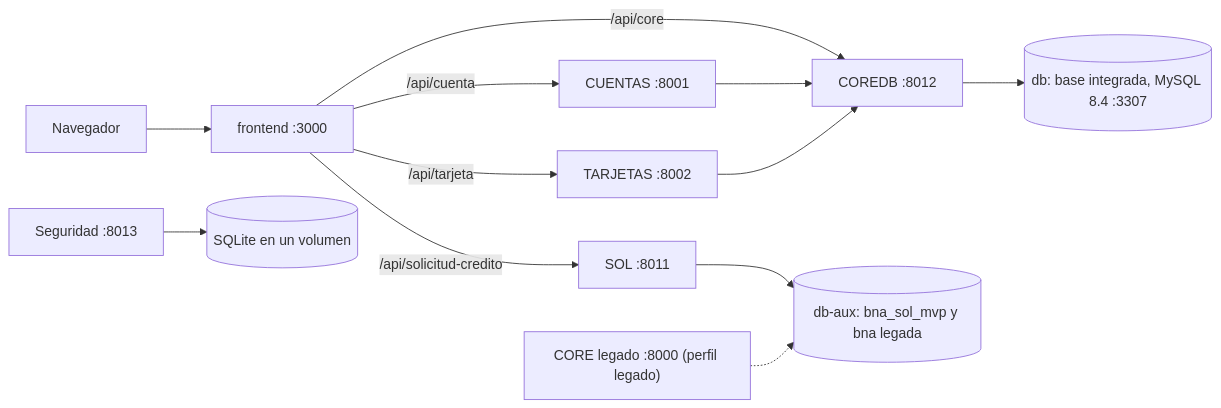
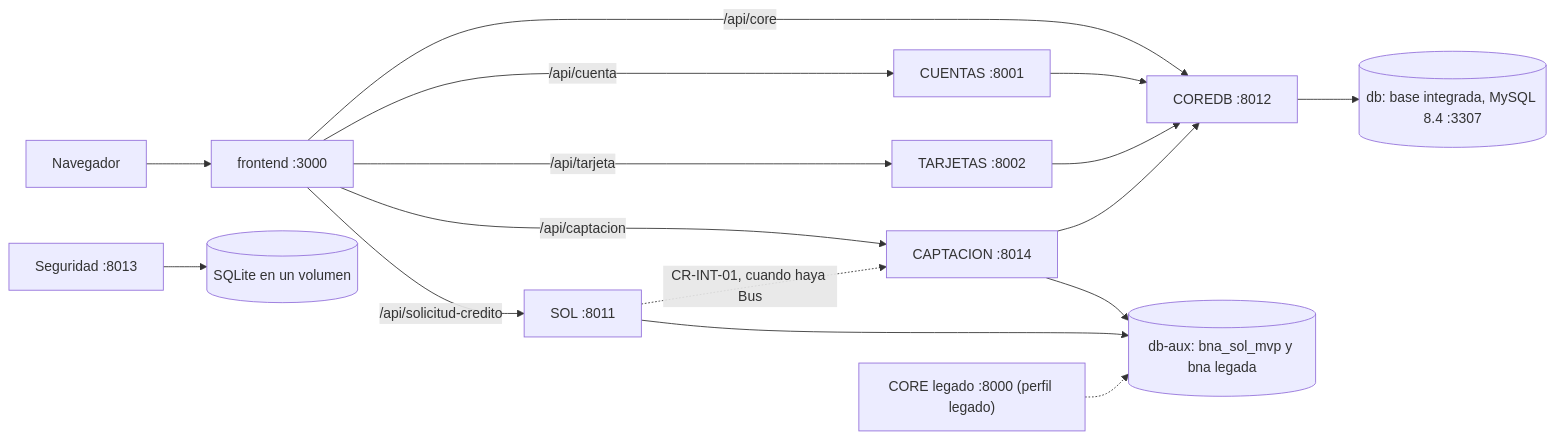
One commit to SantiagoCusirramos/Banco_Nacional_Arequipa changed the diagram in README.md. Above: the diagram before and after it, drawn with Mermaid. The commit also changed other lines of this file and 45 other files, not shown here.

First line of the commit message:
feat(captacion): módulo Captación de Clientes integrado con COREDB y SOL

````diff
--- a/README.md
+++ b/README.md
@@ -42,14 +43,18 @@
 ```mermaid
 flowchart LR
   nav["Navegador"] --> fe["frontend :3000"]
   fe -->|"/api/core"| coredb["COREDB :8012"]
   fe -->|"/api/cuenta"| cta["CUENTAS :8001"]
   fe -->|"/api/tarjeta"| tar["TARJETAS :8002"]
   fe -->|"/api/solicitud-credito"| sol["SOL :8011"]
+  fe -->|"/api/captacion"| cap["CAPTACION :8014"]
   cta --> coredb
   tar --> coredb
+  cap --> coredb
+  cap --> aux
+  sol -.->|"CR-INT-01, cuando haya Bus"| cap
   coredb --> db[("db: base integrada, MySQL 8.4 :3307")]
   sol --> aux[("db-aux: bna_sol_mvp y bna legada")]
   seg["Seguridad :8013"] --> sq[("SQLite en un volumen")]
   leg["CORE legado :8000 (perfil legado)"] -.-> aux
 ```
````
